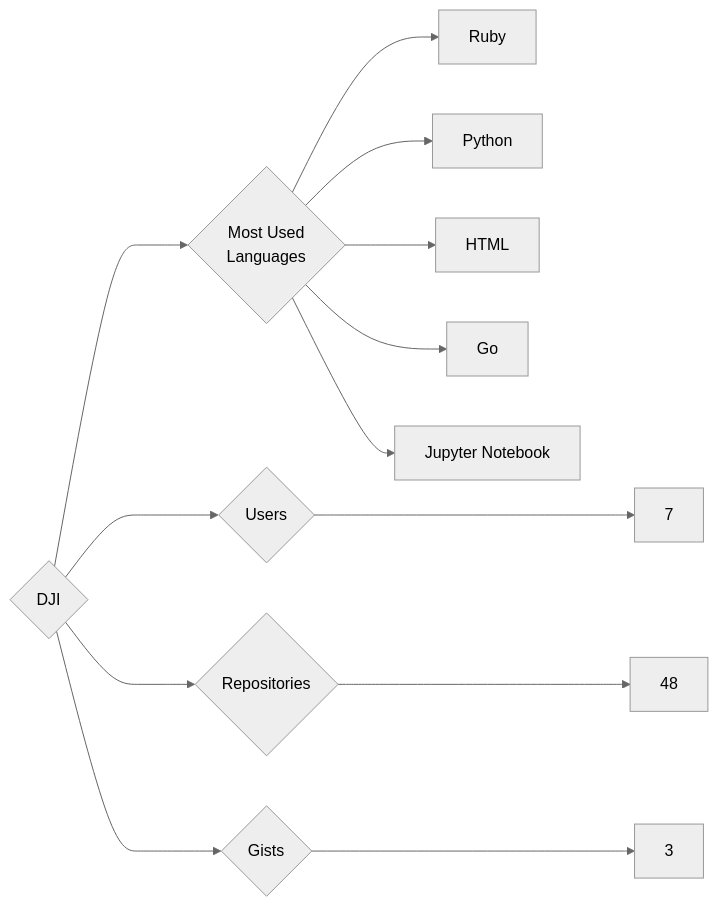
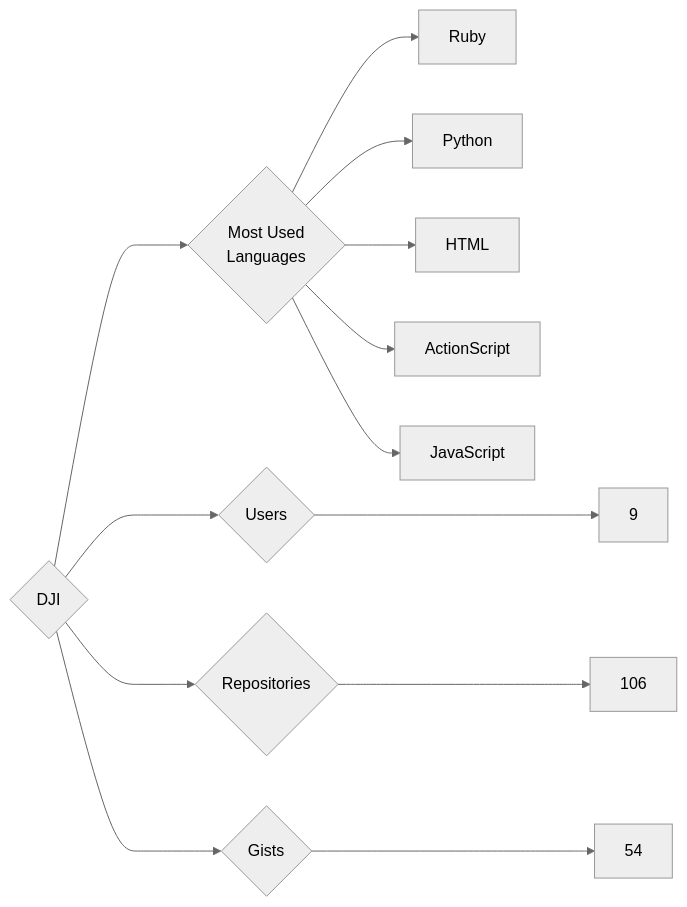
One commit to trickest/insiders changed the diagram in targets/DJI/README.md. Above: the diagram before and after it, drawn with Mermaid (neutral theme). The commit also changed 930 other files, not shown here.

````diff
--- a/targets/DJI/README.md
+++ b/targets/DJI/README.md
@@ -3,13 +3,13 @@
 ```mermaid
 graph LR
 COMPANY_NAME{DJI}
-COMPANY_NAME ---> U{Users} ---> UN[7]
-COMPANY_NAME ---> R{Repositories} ---> RN[48]
-COMPANY_NAME ---> G{Gists} ---> GN[3]
+COMPANY_NAME ---> U{Users} ---> UN[9]
+COMPANY_NAME ---> R{Repositories} ---> RN[106]
+COMPANY_NAME ---> G{Gists} ---> GN[54]
 COMPANY_NAME ---> ML{Most Used<br>Languages}
 ML --> Ruby[Ruby]
 ML --> Python[Python]
 ML --> HTML[HTML]
-ML --> Go[Go]
-ML --> Jupyter_Notebook[Jupyter Notebook]
+ML --> ActionScript[ActionScript]
+ML --> JavaScript[JavaScript]
 ```
````
